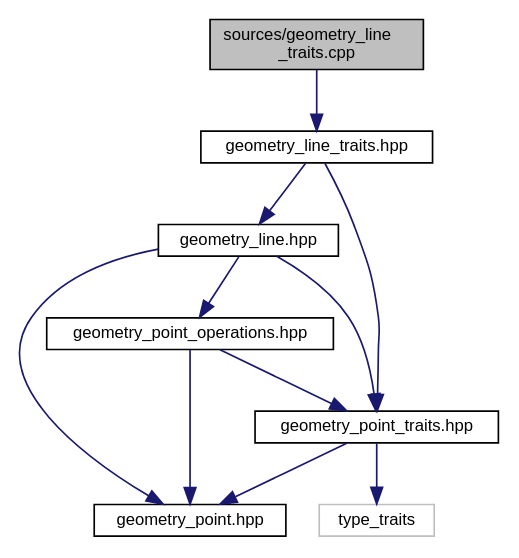
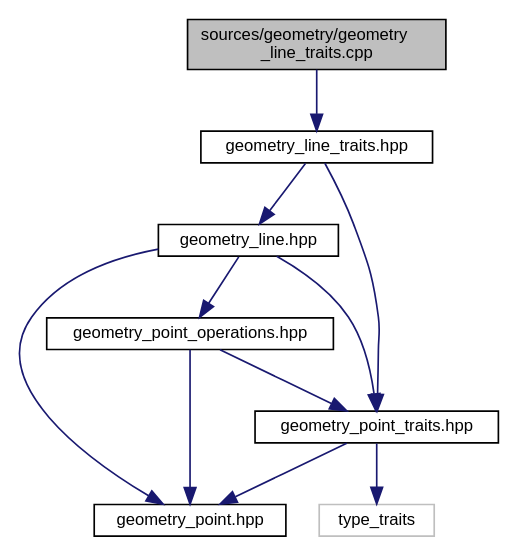
Before and after one commit to eliogovea/dev-env-cpp: the diagram in geometry/documentation/geometry__line__traits_8cpp__incl.dot, drawn with Graphviz. The commit also changed 273 other files, not shown here.

```diff
--- a/geometry/documentation/geometry__line__traits_8cpp__incl.dot
+++ b/geometry/documentation/geometry__line__traits_8cpp__incl.dot
@@ -1,23 +1,23 @@
-digraph "sources/geometry_line_traits.cpp"
+digraph "sources/geometry/geometry_line_traits.cpp"
 {
  // LATEX_PDF_SIZE
   edge [fontname="Helvetica",fontsize="10",labelfontname="Helvetica",labelfontsize="10"];
   node [fontname="Helvetica",fontsize="10",shape=record];
-  Node1 [label="sources/geometry_line\l_traits.cpp",height=0.2,width=0.4,color="black", fillcolor="grey75", style="filled", fontcolor="black",tooltip=" "];
+  Node1 [label="sources/geometry/geometry\l_line_traits.cpp",height=0.2,width=0.4,color="black", fillcolor="grey75", style="filled", fontcolor="black",tooltip=" "];
   Node1 -> Node2 [color="midnightblue",fontsize="10",style="solid",fontname="Helvetica"];
   Node2 [label="geometry_line_traits.hpp",height=0.2,width=0.4,color="black", fillcolor="white", style="filled",URL="$geometry__line__traits_8hpp.html",tooltip=" "];
   Node2 -> Node3 [color="midnightblue",fontsize="10",style="solid",fontname="Helvetica"];
   Node3 [label="geometry_line.hpp",height=0.2,width=0.4,color="black", fillcolor="white", style="filled",URL="$geometry__line_8hpp.html",tooltip=" "];
   Node3 -> Node4 [color="midnightblue",fontsize="10",style="solid",fontname="Helvetica"];
   Node4 [label="geometry_point.hpp",height=0.2,width=0.4,color="black", fillcolor="white", style="filled",URL="$geometry__point_8hpp.html",tooltip=" "];
   Node3 -> Node5 [color="midnightblue",fontsize="10",style="solid",fontname="Helvetica"];
   Node5 [label="geometry_point_operations.hpp",height=0.2,width=0.4,color="black", fillcolor="white", style="filled",URL="$geometry__point__operations_8hpp.html",tooltip=" "];
   Node5 -> Node4 [color="midnightblue",fontsize="10",style="solid",fontname="Helvetica"];
   Node5 -> Node6 [color="midnightblue",fontsize="10",style="solid",fontname="Helvetica"];
   Node6 [label="geometry_point_traits.hpp",height=0.2,width=0.4,color="black", fillcolor="white", style="filled",URL="$geometry__point__traits_8hpp.html",tooltip=" "];
   Node6 -> Node7 [color="midnightblue",fontsize="10",style="solid",fontname="Helvetica"];
   Node7 [label="type_traits",height=0.2,width=0.4,color="grey75", fillcolor="white", style="filled",tooltip=" "];
   Node6 -> Node4 [color="midnightblue",fontsize="10",style="solid",fontname="Helvetica"];
   Node3 -> Node6 [color="midnightblue",fontsize="10",style="solid",fontname="Helvetica"];
   Node2 -> Node6 [color="midnightblue",fontsize="10",style="solid",fontname="Helvetica"];
 }
```
